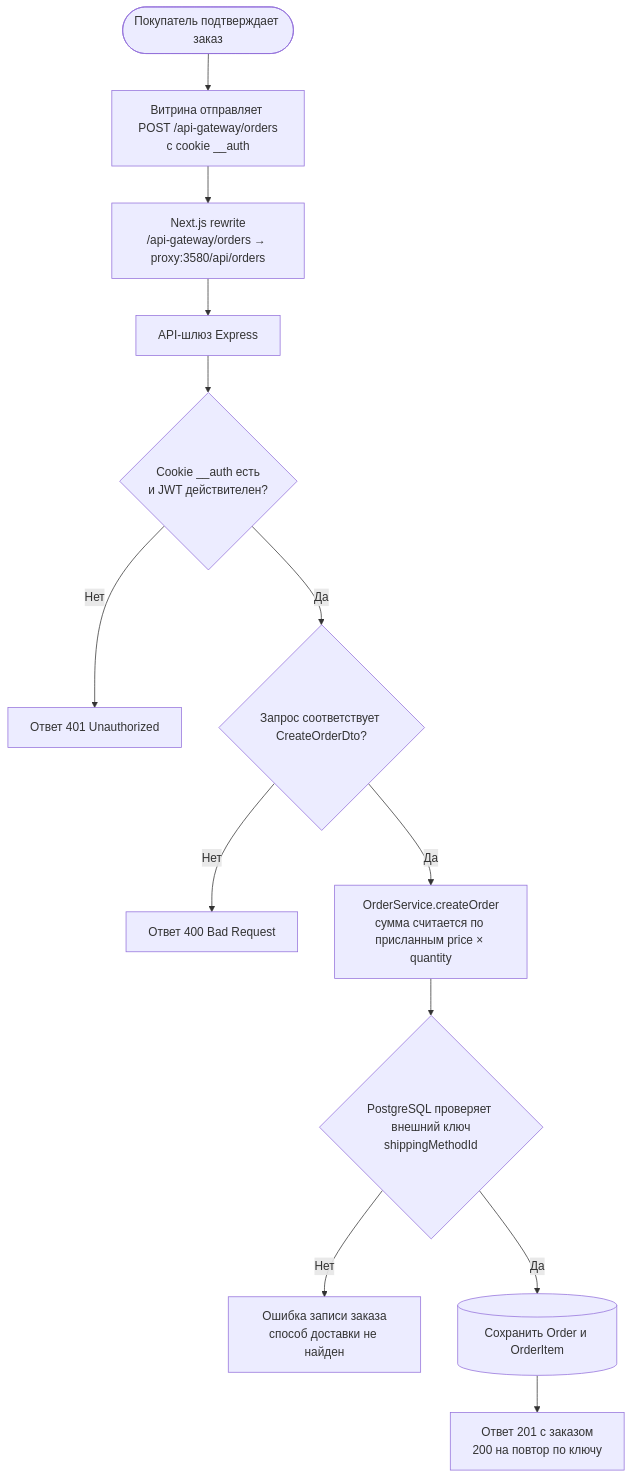
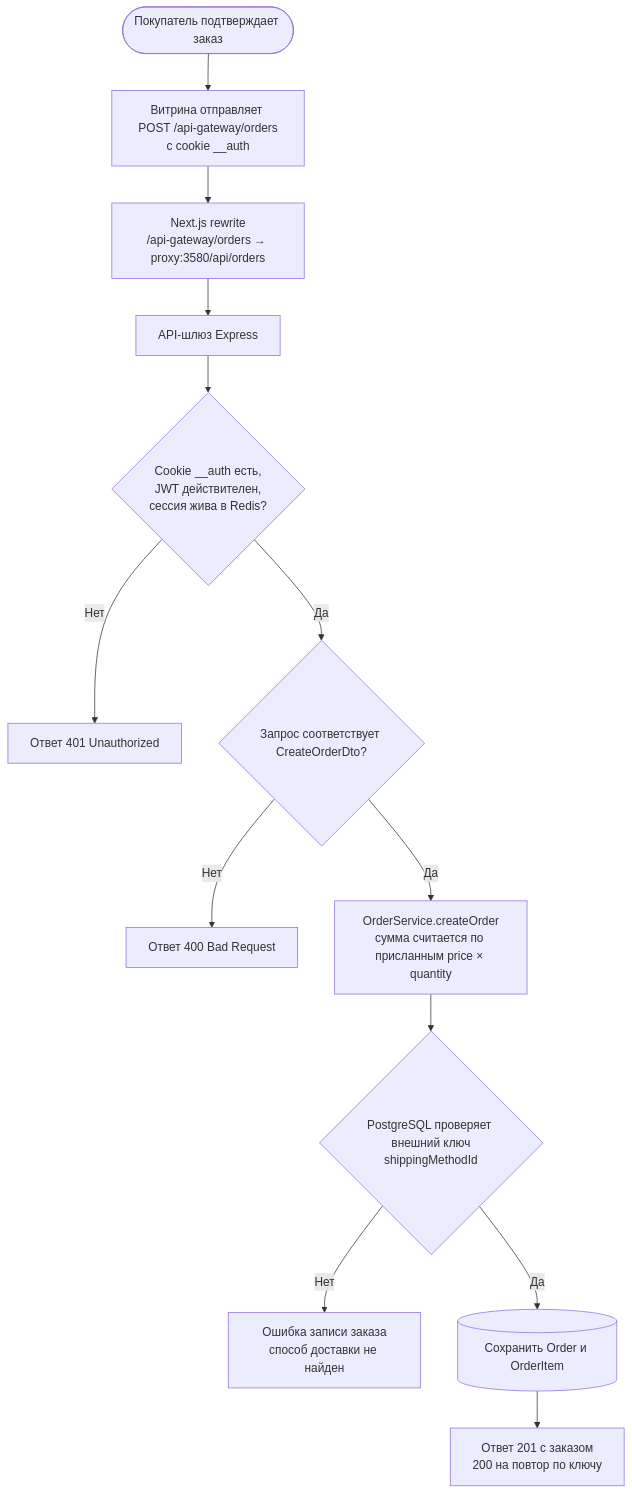
One commit to sworni1/Astrum changed the second of 2 diagrams in docs/DEVELOPMENT.md. Above: the diagram before and after it, drawn with Mermaid. The commit also changed other lines of this file and 3 other files, not shown here.

````diff
--- a/docs/DEVELOPMENT.md
+++ b/docs/DEVELOPMENT.md
@@ -51,24 +54,24 @@
 ```mermaid
 flowchart TD
     buyer(["Покупатель подтверждает заказ"])
     customer["Витрина отправляет POST /api-gateway/orders<br/>с cookie __auth"]
     rewrite["Next.js rewrite<br/>/api-gateway/orders → proxy:3580/api/orders"]
     api["API-шлюз Express"]
-    jwt{"Cookie __auth есть<br/>и JWT действителен?"}
+    jwt{"Cookie __auth есть,<br/>JWT действителен,<br/>сессия жива в Redis?"}
     unauthorized["Ответ 401 Unauthorized"]
     dto{"Запрос соответствует CreateOrderDto?"}
     invalid["Ответ 400 Bad Request"]
     create["OrderService.createOrder<br/>сумма считается по присланным price × quantity"]
     fk{"PostgreSQL проверяет внешний ключ<br/>shippingMethodId"}
     fkError["Ошибка записи заказа<br/>способ доставки не найден"]
     save[("Сохранить Order и OrderItem")]
     success["Ответ 201 с заказом<br/>200 на повтор по ключу"]
 
     buyer --> customer --> rewrite --> api --> jwt
     jwt -->|Нет| unauthorized
     jwt -->|Да| dto
     dto -->|Нет| invalid
     dto -->|Да| create --> fk
     fk -->|Нет| fkError
     fk -->|Да| save --> success
 ```
````
